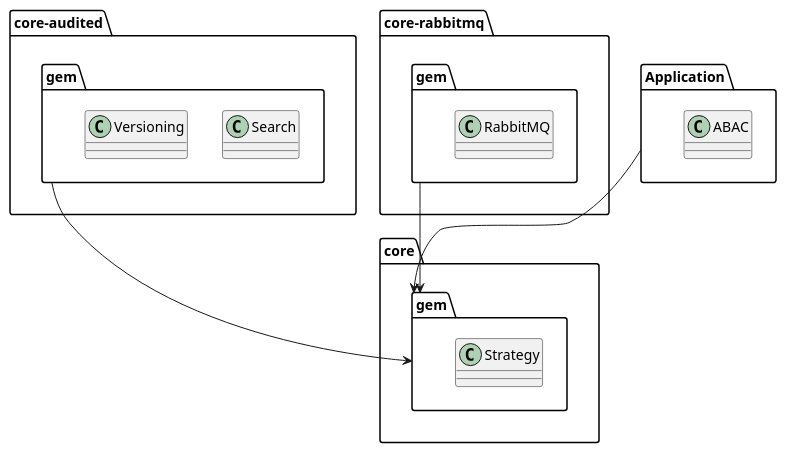
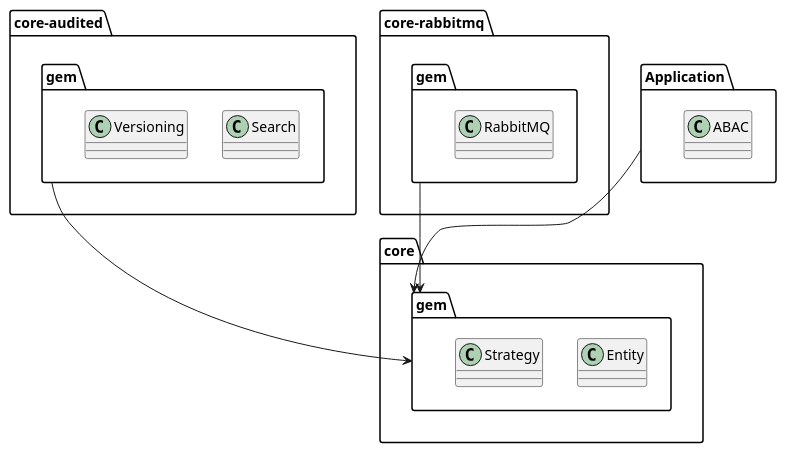
One commit to sergio-fry/slides changed the fifth of 6 diagrams in ocp/slides.md. Above: the diagram before and after it, drawn with PlantUML. The commit also changed other lines of this file, not shown here.

````diff
--- a/ocp/slides.md
+++ b/ocp/slides.md
@@ -173,27 +176,29 @@
 ```plantuml
 package "core.gem" {
+  class Entity {
+  }
   class Strategy {
   }
 }
 package "core-audited.gem" {
   class Search {
   }
 }
 package "core-audited.gem" {
   class Versioning {
   }
 }
 package "core-rabbitmq.gem" {
   class RabbitMQ {
   }
 }
 package Application {
   class ABAC {
   }
 }
 
 
 Application --> "core.gem"
 "core-audited.gem" --> "core.gem"
 "core-rabbitmq.gem" --> "core.gem"
 ```
````
